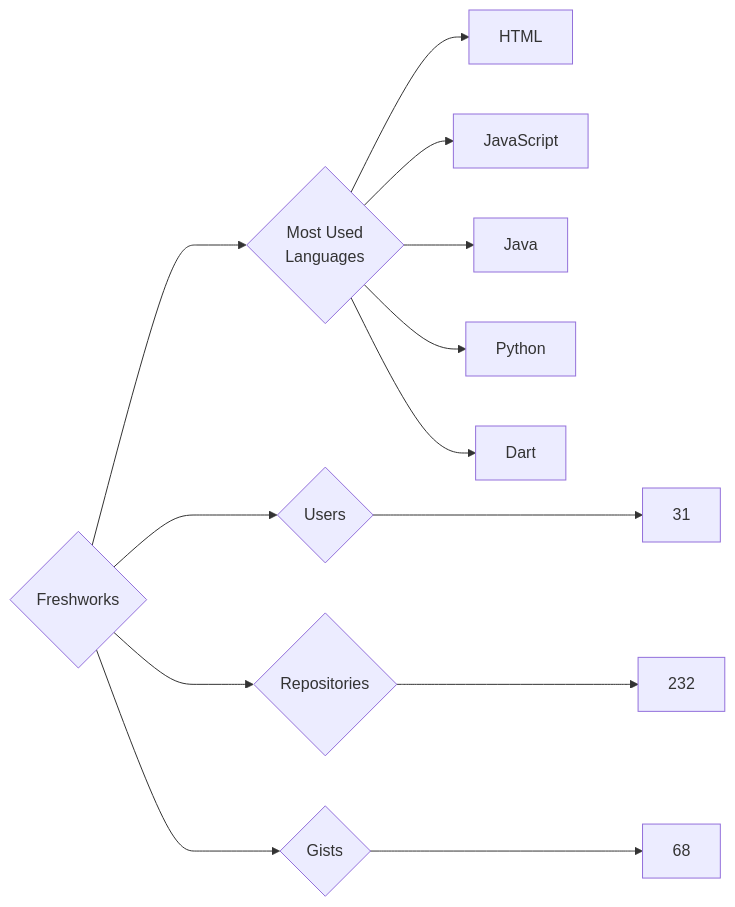
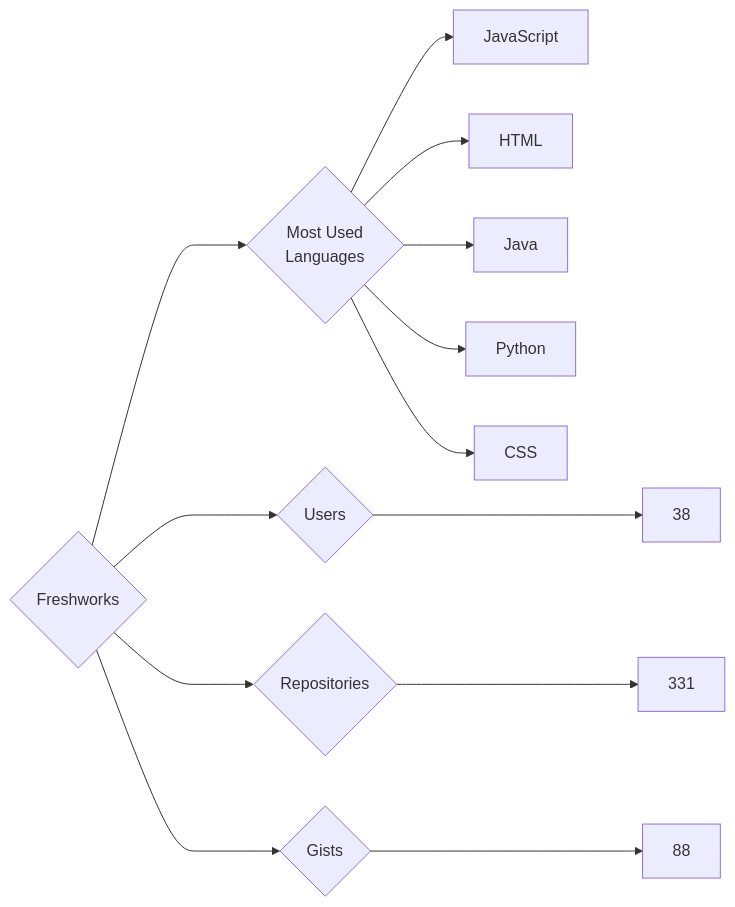
One commit to trickest/insiders changed the diagram in targets/Freshworks/README.md. Above: the diagram before and after it, drawn with Mermaid. The commit also changed 773 other files, not shown here.

````diff
--- a/targets/Freshworks/README.md
+++ b/targets/Freshworks/README.md
@@ -3,13 +3,13 @@
 ```mermaid
 graph LR
 COMPANY_NAME{Freshworks}
-COMPANY_NAME ---> U{Users} ---> UN[31]
-COMPANY_NAME ---> R{Repositories} ---> RN[232]
-COMPANY_NAME ---> G{Gists} ---> GN[68]
+COMPANY_NAME ---> U{Users} ---> UN[38]
+COMPANY_NAME ---> R{Repositories} ---> RN[331]
+COMPANY_NAME ---> G{Gists} ---> GN[88]
 COMPANY_NAME ---> ML{Most Used<br>Languages}
+ML --> JavaScript[JavaScript]
 ML --> HTML[HTML]
-ML --> JavaScript[JavaScript]
 ML --> Java[Java]
 ML --> Python[Python]
-ML --> Dart[Dart]
+ML --> CSS[CSS]
 ```
````
